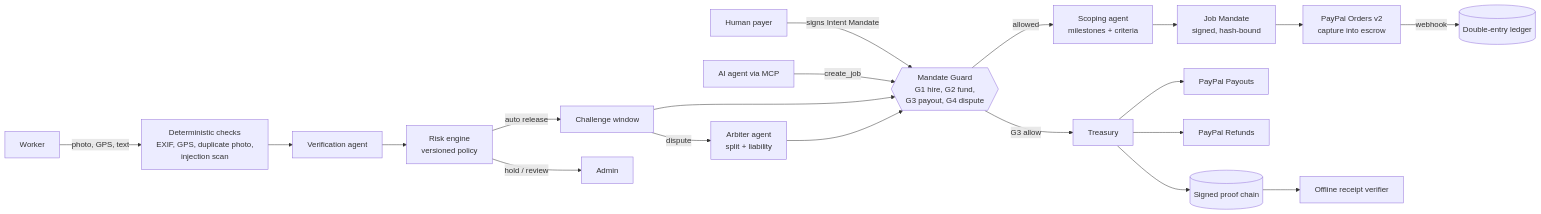
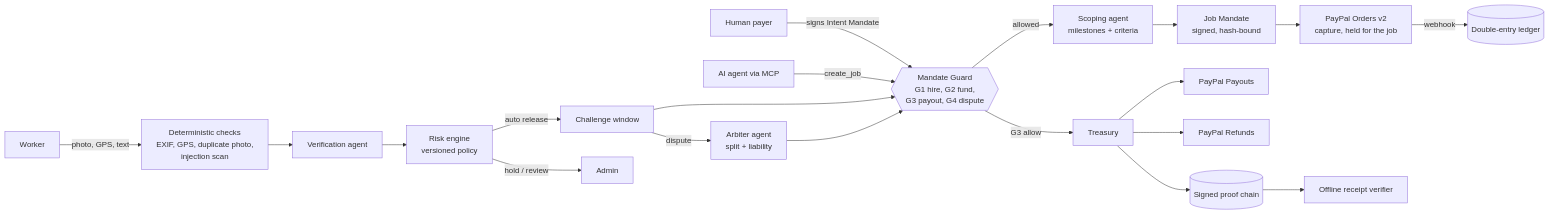
Before and after one commit to Mokshitsharma/settleai: the diagram in README.md, drawn with Mermaid. The commit also changed other lines of this file and 25 other files, not shown here.

````diff
--- a/README.md
+++ b/README.md
@@ -81,22 +92,22 @@
 ```mermaid
 flowchart LR
   H[Human payer] -- signs Intent Mandate --> MG
   A[AI agent via MCP] -- create_job --> MG{{Mandate Guard<br/>G1 hire, G2 fund,<br/>G3 payout, G4 dispute}}
   MG -- allowed --> S[Scoping agent<br/>milestones + criteria]
   S --> JM[Job Mandate<br/>signed, hash-bound]
-  JM --> PP1[PayPal Orders v2<br/>capture into escrow]
+  JM --> PP1[PayPal Orders v2<br/>capture, held for the job]
   PP1 -- webhook --> L[(Double-entry ledger)]
   W[Worker] -- photo, GPS, text --> D[Deterministic checks<br/>EXIF, GPS, duplicate photo,<br/>injection scan]
   D --> V[Verification agent]
   V --> R[Risk engine<br/>versioned policy]
   R -- auto release --> CW[Challenge window]
   CW --> MG
   MG -- G3 allow --> T[Treasury]
   T --> PP2[PayPal Payouts]
   T --> PP3[PayPal Refunds]
   R -- hold / review --> AD[Admin]
   CW -- dispute --> AR[Arbiter agent<br/>split + liability]
   AR --> MG
   T --> PC[(Signed proof chain)]
   PC --> RC[Offline receipt verifier]
 ```
````
